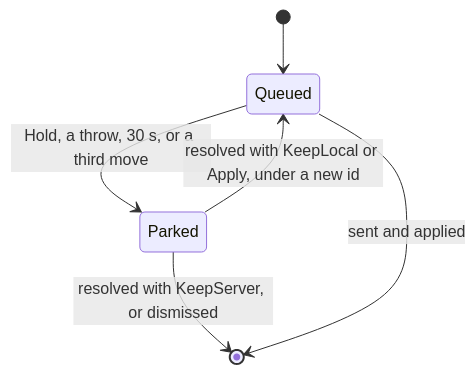
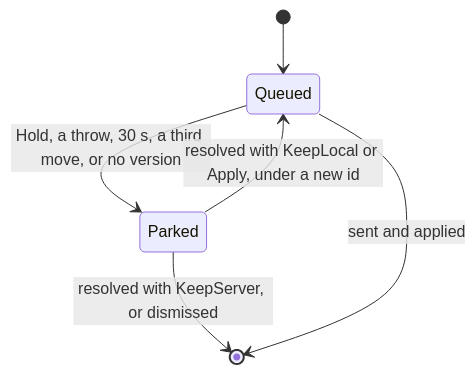
One commit to nesfeder/supabase-offline-kt changed the sixth of 8 diagrams in docs/behaviors/conflicts.md. Above: the diagram before and after it, drawn with Mermaid. The commit also changed other lines of this file and 11 other files, not shown here.

````diff
--- a/docs/behaviors/conflicts.md
+++ b/docs/behaviors/conflicts.md
@@ -273,8 +293,8 @@
 ```mermaid
 stateDiagram-v2
     [*] --> Queued
-    Queued --> Parked: Hold, a throw, 30 s, or a third move
+    Queued --> Parked: Hold, a throw, 30 s, a third move, or no version
     Parked --> Queued: resolved with KeepLocal or Apply, under a new id
     Parked --> [*]: resolved with KeepServer, or dismissed
     Queued --> [*]: sent and applied
 ```
````
